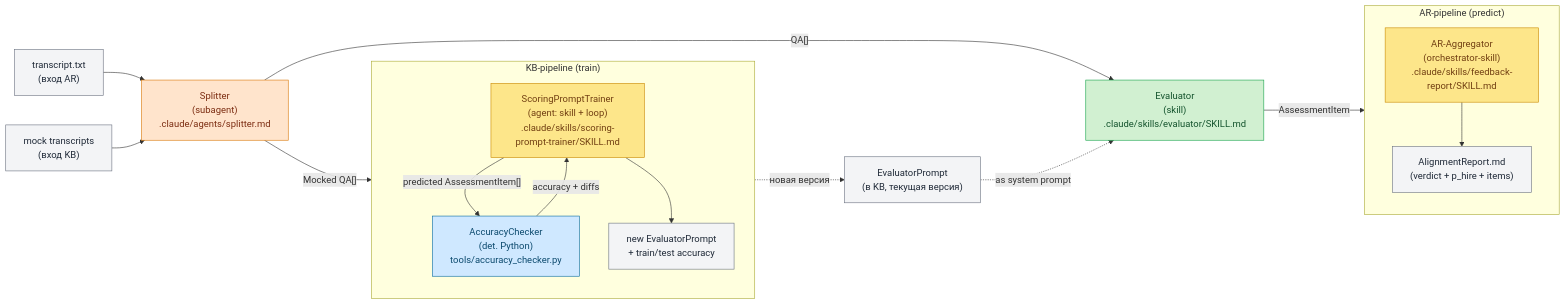
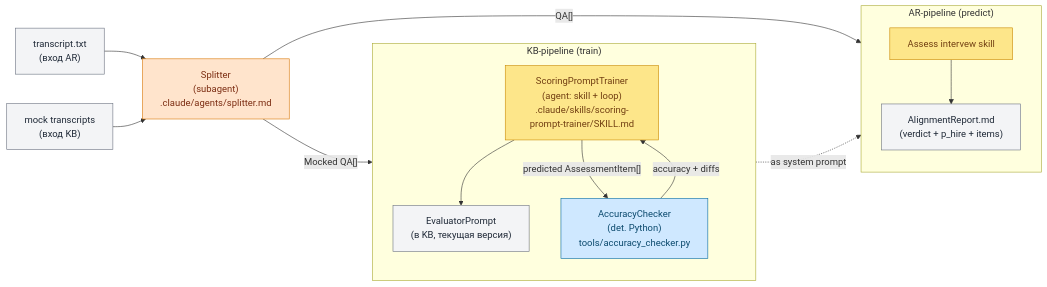
One commit to margomrkv/interview-debrief-assistant changed the diagram in md/arch_pipeline.md. Above: the diagram before and after it, drawn with Mermaid.

Commit message:
fixed arch pipeline

````diff
--- a/md/arch_pipeline.md
+++ b/md/arch_pipeline.md
@@ -59,53 +59,49 @@
 ```mermaid
 flowchart LR
     %% Входы
     TR_AR["transcript.txt<br/>(вход AR)"]
     TR_KB["mock transcripts<br/>(вход KB)"]
 
     %% Общие сервисы
     SPLIT["Splitter<br/>(subagent)<br/>.claude/agents/splitter.md"]
-    EVAL["Evaluator<br/>(skill)<br/>.claude/skills/evaluator/SKILL.md"]
 
     %% Артефакт-контракт KB ↔ оба pipeline'а
     EP["EvaluatorPrompt<br/>(в KB, текущая версия)"]
 
     %% AR (predict) оркестратор
     subgraph AR["AR-pipeline (predict)"]
         direction TB
-        AGG["AR-Aggregator<br/>(orchestrator-skill)<br/>.claude/skills/feedback-report/SKILL.md"]
+        AGG["Assess intervew skill"]
         REP["AlignmentReport.md<br/>(verdict + p_hire + items)"]
         AGG --> REP
     end
 
     %% KB (train) оркестратор
     subgraph KB["KB-pipeline (train)"]
         direction TB
         TRAIN["ScoringPromptTrainer<br/>(agent: skill + loop)<br/>.claude/skills/scoring-prompt-trainer/SKILL.md"]
         ACC["AccuracyChecker<br/>(det. Python)<br/>tools/accuracy_checker.py"]
-        OUT_P["new EvaluatorPrompt<br/>+ train/test accuracy"]
         TRAIN -- "predicted AssessmentItem[]" --> ACC
         ACC -- "accuracy + diffs" --> TRAIN
-        TRAIN --> OUT_P
+        TRAIN --> EP
     end
 
     %% Связи
     TR_AR --> SPLIT
     TR_KB --> SPLIT
-    SPLIT -- "QA[]" --> EVAL
-    EP -. "as system prompt" .-> EVAL
-    EVAL -- "AssessmentItem" --> AGG
-    OUT_P -. "новая версия" .-> EP
+    SPLIT -- "QA[]" -->AGG
+    EP -. "as system prompt" .->  AGG
     SPLIT -- "Mocked QA[]" --> TRAIN
 
     classDef agent fill:#ffe4cc,stroke:#d97706,color:#7c2d12
     classDef skill fill:#d1f0d1,stroke:#16a34a,color:#14532d
     classDef orchestrator fill:#fde68a,stroke:#ca8a04,color:#713f12
     classDef deterministic fill:#cfe8ff,stroke:#0369a1,color:#0c4a6e
     classDef data fill:#f3f4f6,stroke:#6b7280,color:#1f2937
 
     class SPLIT agent
     class EVAL skill
     class AGG,TRAIN orchestrator
     class ACC deterministic
     class EP,REP,OUT_P,TR_AR,TR_KB data
 ```
````
